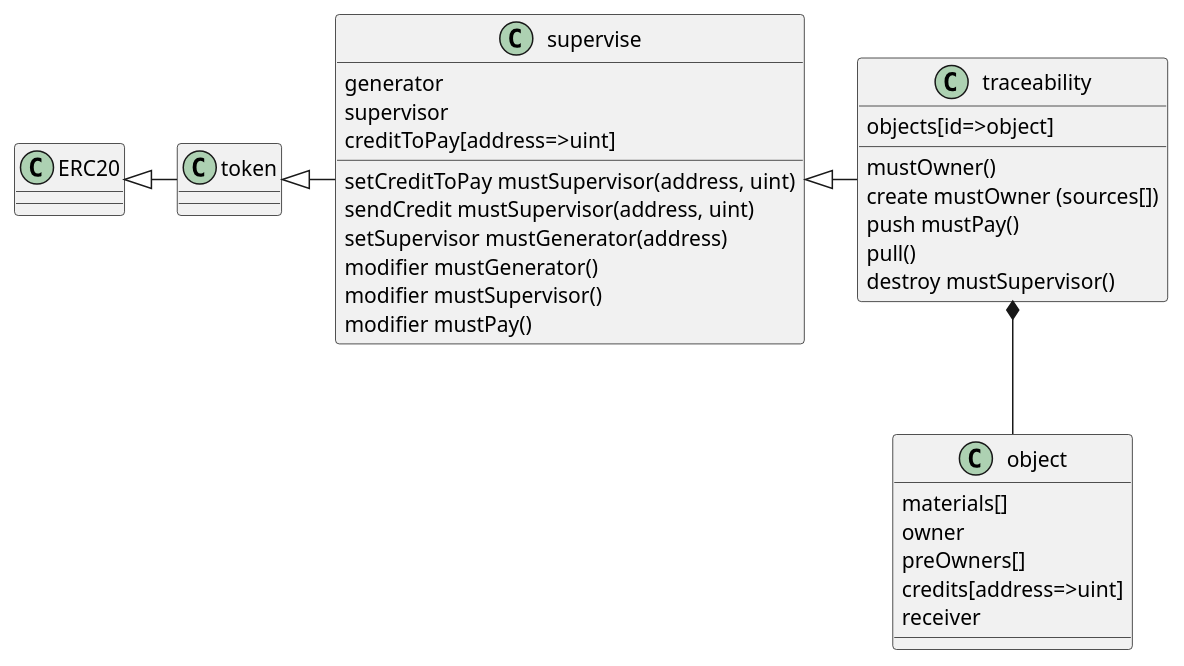
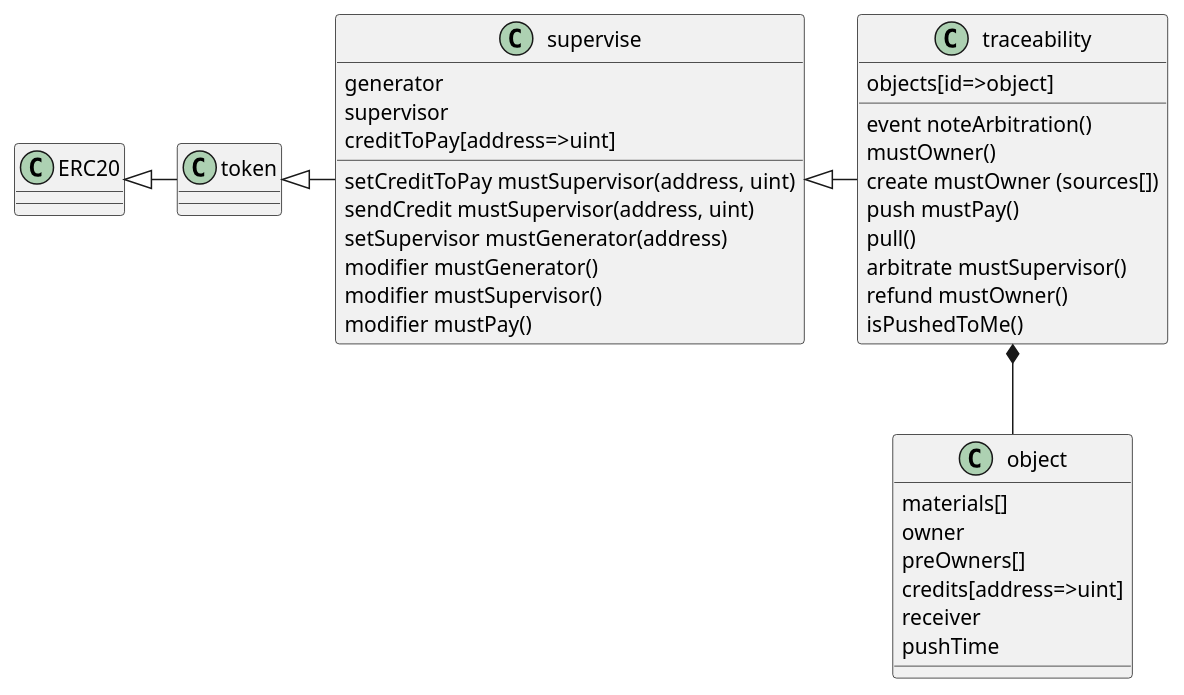
The diagram in plantuml/class.plantuml (txcary/traceability), drawn with PlantUML before and after one commit. The commit also changed 1 other file, not shown here.

```diff
--- a/plantuml/class.plantuml
+++ b/plantuml/class.plantuml
@@ -1,35 +1,39 @@
 @startuml
 class ERC20
 class token
 class "supervise" as supervise {
 	generator
 	supervisor
 	creditToPay[address=>uint]
 	setCreditToPay mustSupervisor(address, uint)
 	sendCredit mustSupervisor(address, uint)
 	setSupervisor mustGenerator(address)
 	modifier mustGenerator()
 	modifier mustSupervisor()
 	modifier mustPay()
 }
 class "traceability" as trace {
 	objects[id=>object]
+	event noteArbitration()
 	mustOwner()
 	create mustOwner (sources[])
 	push mustPay()
 	pull()
-	destroy mustSupervisor()
+	arbitrate mustSupervisor()
+	refund mustOwner()
+	isPushedToMe()
 }
 class "object" as object {
 	materials[]
 	owner
 	preOwners[]
 	credits[address=>uint]
 	receiver
+	pushTime
 }
 
 ERC20 <|- token
 token <|- supervise
 supervise <|- trace
 trace *-- object
 @enduml
```
